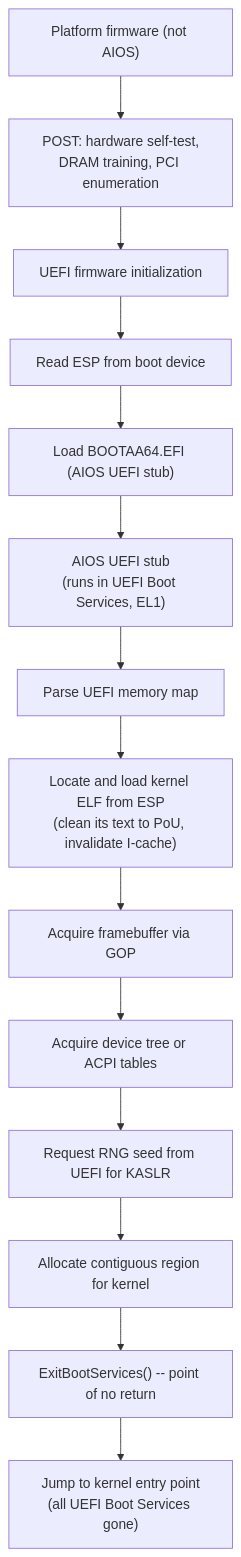
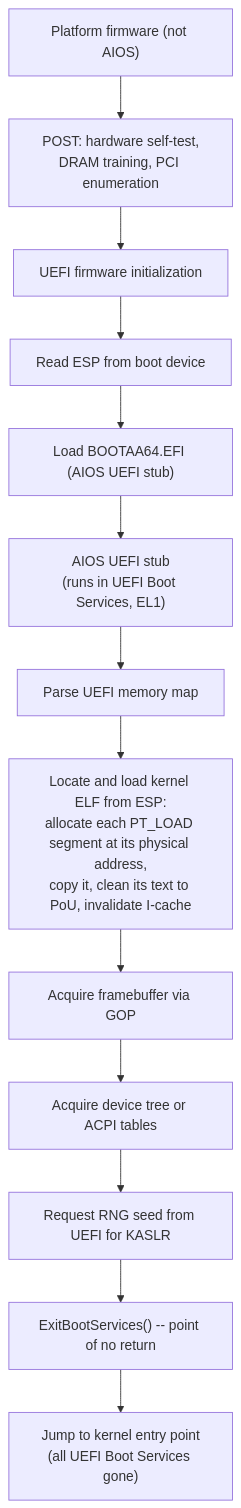
The diagram in docs/kernel/boot/firmware.md (juslee/aios), drawn with Mermaid before and after one commit. The commit also changed 4 other files, not shown here.

````diff
--- a/docs/kernel/boot/firmware.md
+++ b/docs/kernel/boot/firmware.md
@@ -16,22 +16,22 @@
 ```mermaid
 flowchart TD
     FW["Platform firmware (not AIOS)"] --> POST["`POST: hardware self-test,
 DRAM training, PCI enumeration`"]
     POST --> UEFI_INIT["UEFI firmware initialization"]
     UEFI_INIT --> ESP["Read ESP from boot device"]
     ESP --> LOAD_STUB["Load BOOTAA64.EFI (AIOS UEFI stub)"]
 
     LOAD_STUB --> STUB["`AIOS UEFI stub
 (runs in UEFI Boot Services, EL1)`"]
     STUB --> PARSE["Parse UEFI memory map"]
-    PARSE --> LOAD_ELF["`Locate and load kernel ELF from ESP
-(clean its text to PoU, invalidate I-cache)`"]
+    PARSE --> LOAD_ELF["`Locate and load kernel ELF from ESP:
+allocate each PT_LOAD segment at its physical address,
+copy it, clean its text to PoU, invalidate I-cache`"]
     LOAD_ELF --> GOP["Acquire framebuffer via GOP"]
     GOP --> DTB["Acquire device tree or ACPI tables"]
     DTB --> RNG["Request RNG seed from UEFI for KASLR"]
-    RNG --> ALLOC["Allocate contiguous region for kernel"]
-    ALLOC --> EBS["ExitBootServices() -- point of no return"]
+    RNG --> EBS["ExitBootServices() -- point of no return"]
 
     EBS --> KERNEL["`Jump to kernel entry point
 (all UEFI Boot Services gone)`"]
 ```
````
